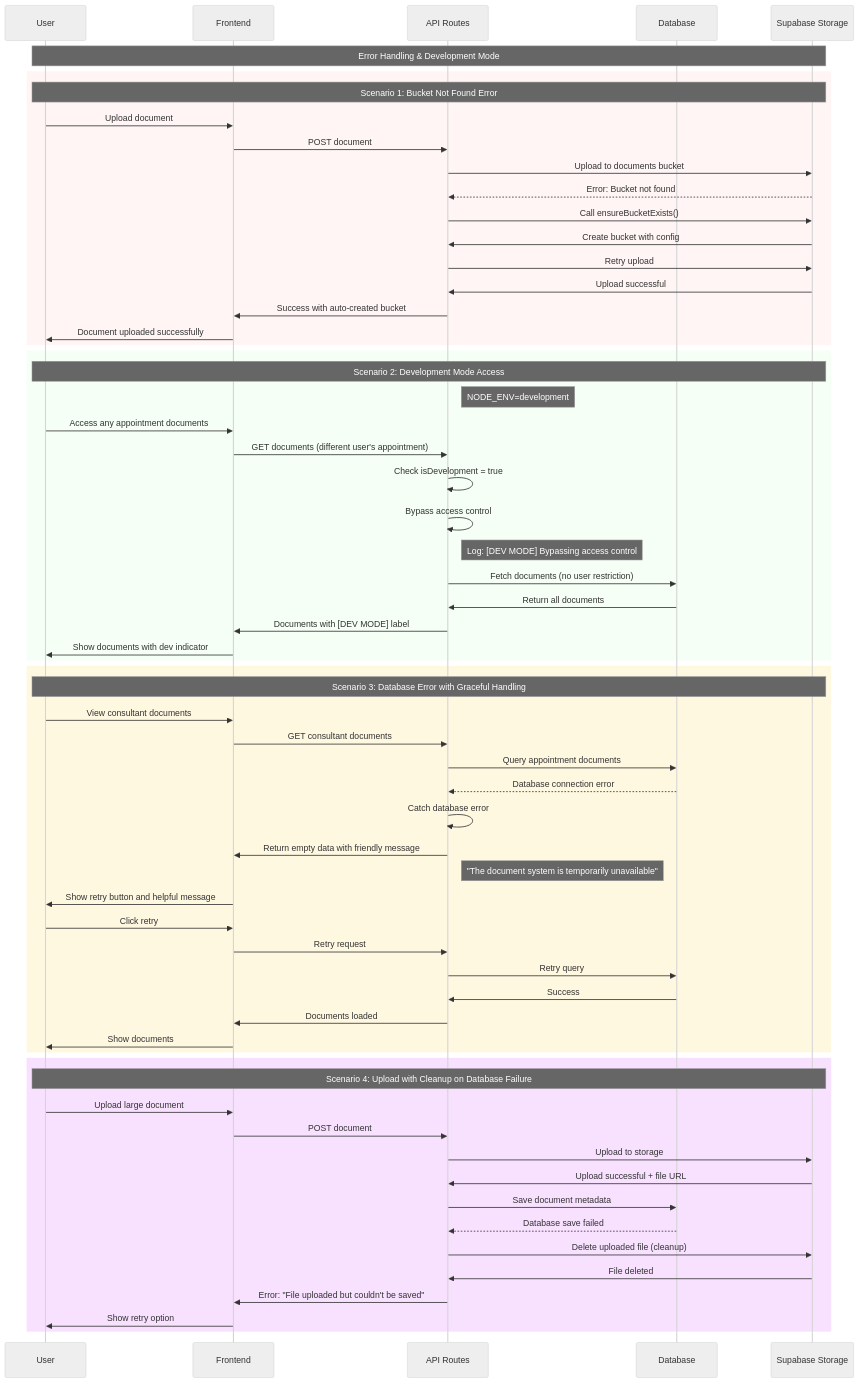
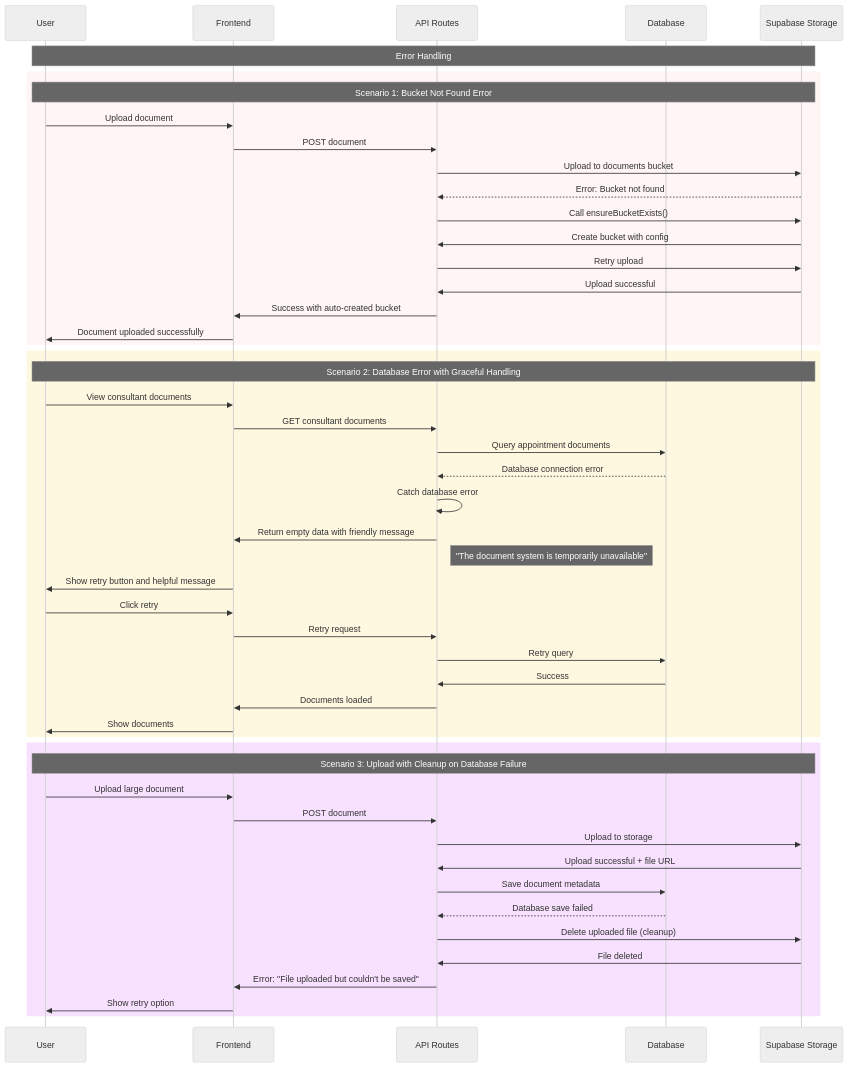
The fifth of 5 diagrams in docs/storage/management-strategy.md (Practitionist/familiarise_web), drawn with Mermaid (neutral theme) before and after one commit. The commit also changed other lines of this file and 6 other files, not shown here.

````diff
--- a/docs/storage/management-strategy.md
+++ b/docs/storage/management-strategy.md
@@ -502,70 +440,56 @@
 ```mermaid
 sequenceDiagram
     participant U as User
     participant UI as Frontend
     participant API as API Routes
     participant DB as Database
     participant SB as Supabase Storage
 
-    Note over U,SB: Error Handling & Development Mode
+    Note over U,SB: Error Handling
 
     rect rgb(255, 245, 245)
         Note over U,SB: Scenario 1: Bucket Not Found Error
         U->>UI: Upload document
         UI->>API: POST document
         API->>SB: Upload to documents bucket
         SB-->>API: Error: Bucket not found
         API->>SB: Call ensureBucketExists()
         SB->>API: Create bucket with config
         API->>SB: Retry upload
         SB->>API: Upload successful
         API->>UI: Success with auto-created bucket
         UI->>U: Document uploaded successfully
     end
 
-    rect rgb(245, 255, 245)
-        Note over U,SB: Scenario 2: Development Mode Access
-        Note right of API: NODE_ENV=development
-        U->>UI: Access any appointment documents
-        UI->>API: GET documents (different user's appointment)
-        API->>API: Check isDevelopment = true
-        API->>API: Bypass access control
-        Note right of API: Log: [DEV MODE] Bypassing access control
-        API->>DB: Fetch documents (no user restriction)
-        DB->>API: Return all documents
-        API->>UI: Documents with [DEV MODE] label
-        UI->>U: Show documents with dev indicator
-    end
-
     rect rgb(255, 248, 225)
-        Note over U,SB: Scenario 3: Database Error with Graceful Handling
+        Note over U,SB: Scenario 2: Database Error with Graceful Handling
         U->>UI: View consultant documents
         UI->>API: GET consultant documents
         API->>DB: Query appointment documents
         DB-->>API: Database connection error
         API->>API: Catch database error
         API->>UI: Return empty data with friendly message
         Note right of API: "The document system is temporarily unavailable"
         UI->>U: Show retry button and helpful message
         U->>UI: Click retry
         UI->>API: Retry request
         API->>DB: Retry query
         DB->>API: Success
         API->>UI: Documents loaded
         UI->>U: Show documents
     end
 
     rect rgb(248, 225, 255)
-        Note over U,SB: Scenario 4: Upload with Cleanup on Database Failure
+        Note over U,SB: Scenario 3: Upload with Cleanup on Database Failure
         U->>UI: Upload large document
         UI->>API: POST document
         API->>SB: Upload to storage
         SB->>API: Upload successful + file URL
         API->>DB: Save document metadata
         DB-->>API: Database save failed
         API->>SB: Delete uploaded file (cleanup)
         SB->>API: File deleted
         API->>UI: Error: "File uploaded but couldn't be saved"
         UI->>U: Show retry option
     end
 ```
````
